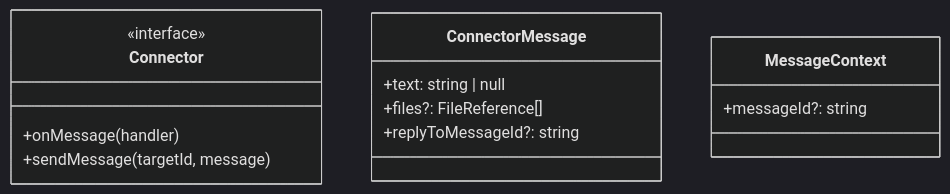
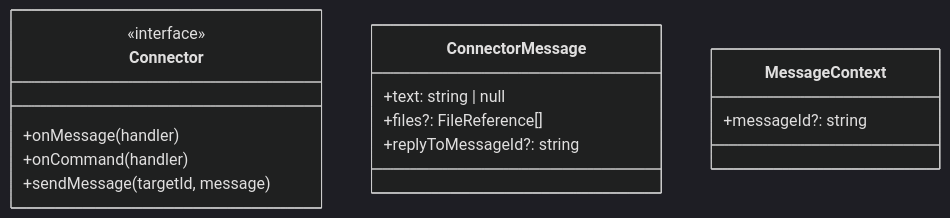
The first of 4 diagrams in docs/connectors.md (ex3ndr/claybot), drawn with Mermaid (dark theme) before and after one commit. The commit also changed other lines of this file and 6 other files, not shown here.

````diff
--- a/docs/connectors.md
+++ b/docs/connectors.md
@@ -16,16 +17,17 @@
 ```mermaid
 classDiagram
   class Connector {
     <<interface>>
     +onMessage(handler)
+    +onCommand(handler)
     +sendMessage(targetId, message)
   }
   class ConnectorMessage {
     +text: string | null
     +files?: FileReference[]
     +replyToMessageId?: string
   }
   class MessageContext {
     +messageId?: string
   }
 ```
````
